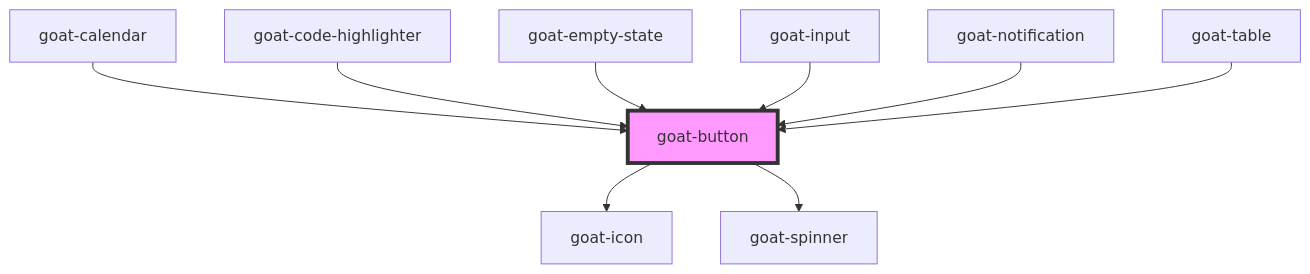
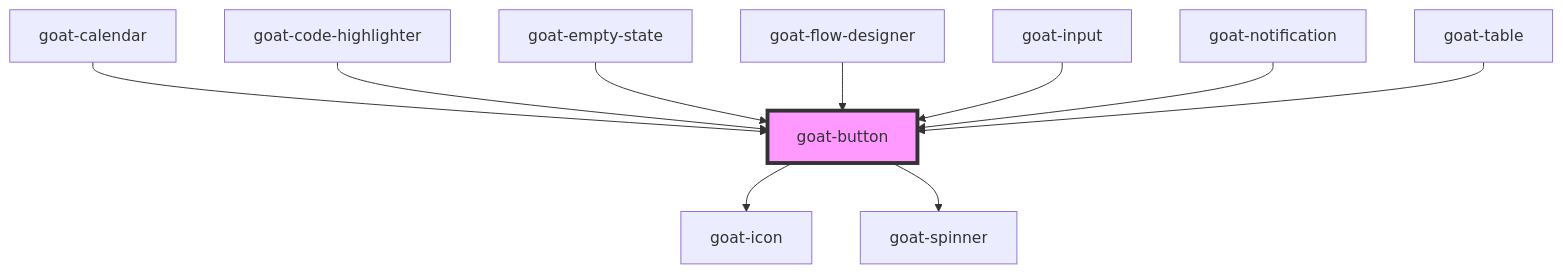
One commit to goatui/components changed the diagram in src/components/general/button/readme.md. Above: the diagram before and after it, drawn with Mermaid. The commit also changed other lines of this file and 40 other files, not shown here.

Commit message:
flow designer initial commit

````diff
--- a/src/components/general/button/readme.md
+++ b/src/components/general/button/readme.md
@@ -85,12 +86,13 @@
 ```mermaid
 graph TD;
   goat-button --> goat-icon
   goat-button --> goat-spinner
   goat-calendar --> goat-button
   goat-code-highlighter --> goat-button
   goat-empty-state --> goat-button
+  goat-flow-designer --> goat-button
   goat-input --> goat-button
   goat-notification --> goat-button
   goat-table --> goat-button
   style goat-button fill:#f9f,stroke:#333,stroke-width:4px
 ```
````
